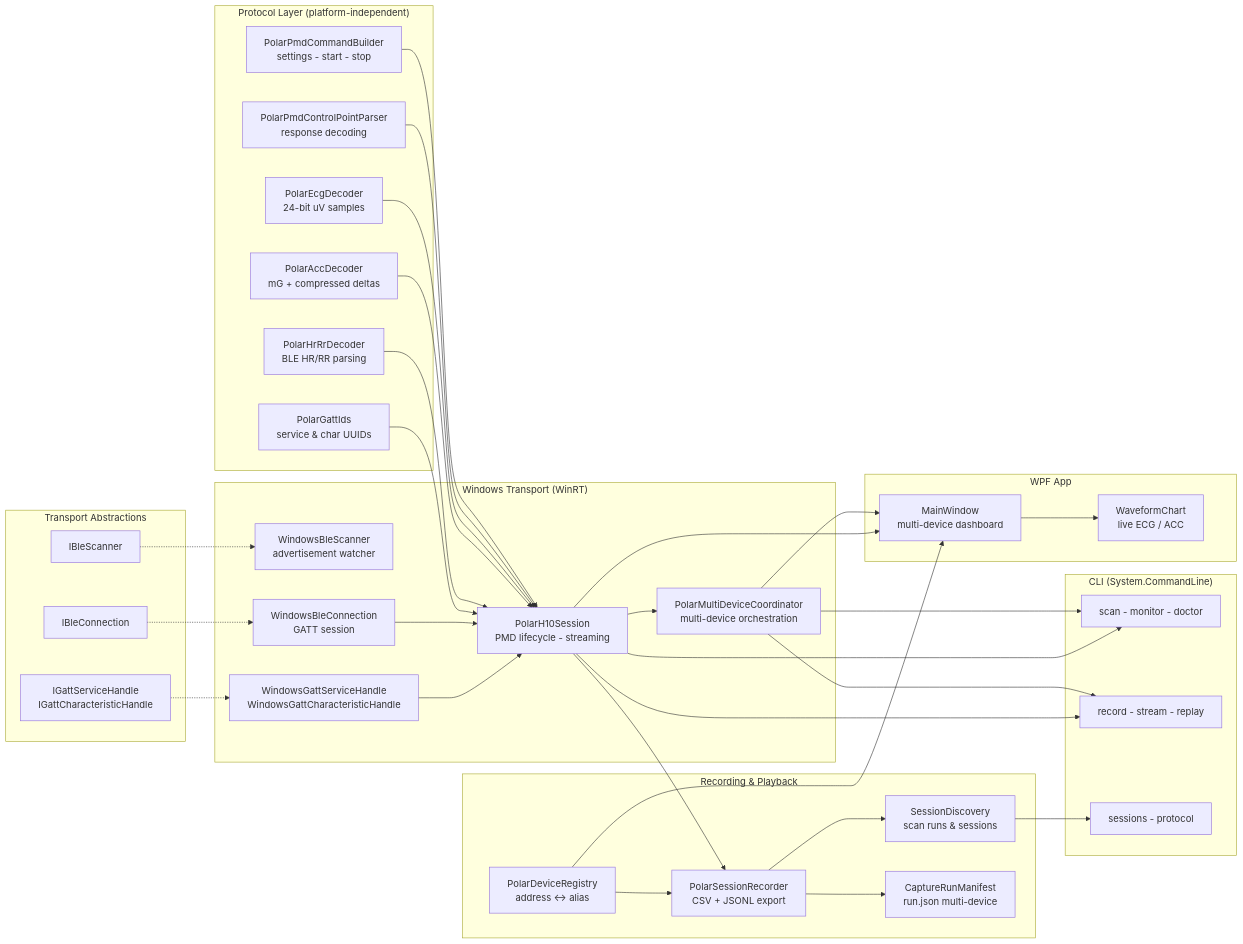
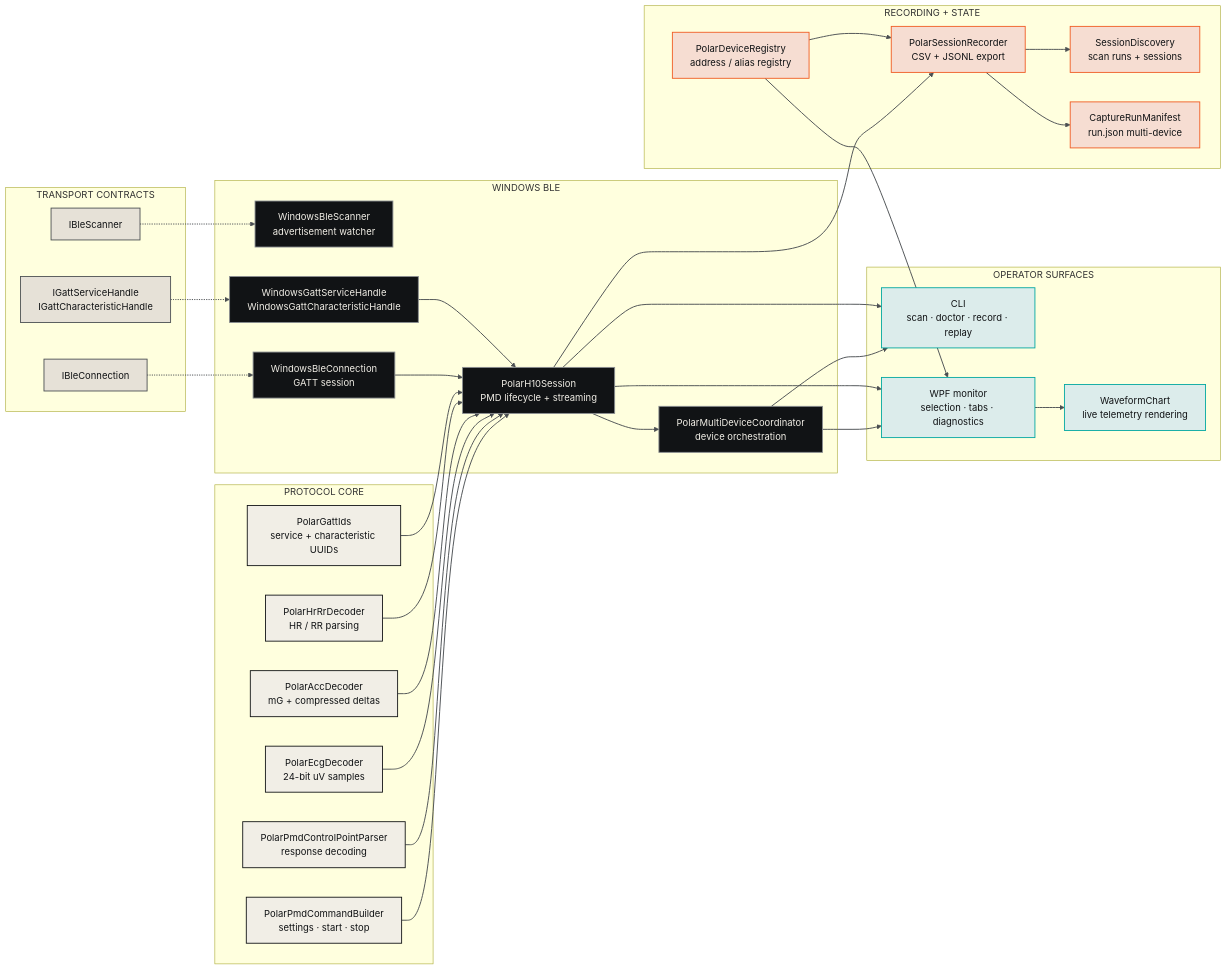
Before and after one commit to MesmerPrism/PolarH10: the diagram in docs/diagrams/code-architecture.mmd, drawn with Mermaid. The commit also changed 21 other files, not shown here.

Commit message:
Tighten brutal UI preview and Mermaid docs

```diff
--- a/docs/diagrams/code-architecture.mmd
+++ b/docs/diagrams/code-architecture.mmd
@@ -1,70 +1,74 @@
-%% Code architecture - subsystem level, hand-authored
-%% Shows the layered design: protocol -> transport -> session -> consumers
+%% Code architecture - subsystem level.
+%% Optimized for Pages viewer and GitHub README rendering.
 
 flowchart LR
-    subgraph Protocol["Protocol Layer (platform-independent)"]
-        EC["PolarEcgDecoder\n24-bit uV samples"]
-        AC["PolarAccDecoder\nmG + compressed deltas"]
-        HR["PolarHrRrDecoder\nBLE HR/RR parsing"]
-        PMD["PolarPmdCommandBuilder\nsettings - start - stop"]
-        CP["PolarPmdControlPointParser\nresponse decoding"]
-        GID["PolarGattIds\nservice & char UUIDs"]
+    subgraph Protocol["PROTOCOL CORE"]
+        EC["PolarEcgDecoder<br/>24-bit uV samples"]
+        AC["PolarAccDecoder<br/>mG + compressed deltas"]
+        HR["PolarHrRrDecoder<br/>HR / RR parsing"]
+        PMD["PolarPmdCommandBuilder<br/>settings · start · stop"]
+        CP["PolarPmdControlPointParser<br/>response decoding"]
+        GID["PolarGattIds<br/>service + characteristic UUIDs"]
     end
 
-    subgraph Transport["Transport Abstractions"]
+    subgraph Transport["TRANSPORT CONTRACTS"]
         IS["IBleScanner"]
         IC["IBleConnection"]
-        IG["IGattServiceHandle\nIGattCharacteristicHandle"]
+        IG["IGattServiceHandle<br/>IGattCharacteristicHandle"]
     end
 
-    subgraph Windows["Windows Transport (WinRT)"]
-        WS["WindowsBleScanner\nadvertisement watcher"]
-        WC["WindowsBleConnection\nGATT session"]
-        WG["WindowsGattServiceHandle\nWindowsGattCharacteristicHandle"]
-        SE["PolarH10Session\nPMD lifecycle - streaming"]
-        CO["PolarMultiDeviceCoordinator\nmulti-device orchestration"]
+    subgraph Windows["WINDOWS BLE"]
+        WS["WindowsBleScanner<br/>advertisement watcher"]
+        WC["WindowsBleConnection<br/>GATT session"]
+        WG["WindowsGattServiceHandle<br/>WindowsGattCharacteristicHandle"]
+        SE["PolarH10Session<br/>PMD lifecycle + streaming"]
+        CO["PolarMultiDeviceCoordinator<br/>device orchestration"]
     end
 
-    subgraph Recording["Recording & Playback"]
-        RE["PolarSessionRecorder\nCSV + JSONL export"]
-        SD["SessionDiscovery\nscan runs & sessions"]
-        MA["CaptureRunManifest\nrun.json multi-device"]
-        DR["PolarDeviceRegistry\naddress <-> alias"]
+    subgraph Recording["RECORDING + STATE"]
+        RE["PolarSessionRecorder<br/>CSV + JSONL export"]
+        SD["SessionDiscovery<br/>scan runs + sessions"]
+        MA["CaptureRunManifest<br/>run.json multi-device"]
+        DR["PolarDeviceRegistry<br/>address / alias registry"]
     end
 
-    subgraph CLI["CLI (System.CommandLine)"]
-        C1["scan - monitor - doctor"]
-        C2["record - stream - replay"]
-        C3["sessions - protocol"]
-    end
-
-    subgraph GUI["WPF App"]
-        G1["MainWindow\nmulti-device dashboard"]
-        G2["WaveformChart\nlive ECG / ACC"]
+    subgraph Surfaces["OPERATOR SURFACES"]
+        C1["CLI<br/>scan · doctor · record · replay"]
+        G1["WPF monitor<br/>selection · tabs · diagnostics"]
+        G2["WaveformChart<br/>live telemetry rendering"]
     end
 
     PMD --> SE
     CP --> SE
     EC --> SE
     AC --> SE
     HR --> SE
     GID --> SE
     IS -.-> WS
     IC -.-> WC
     IG -.-> WG
     WC --> SE
     WG --> SE
     SE --> CO
     SE --> RE
     RE --> SD
     RE --> MA
+    DR --> RE
+    DR --> G1
     CO --> C1
-    CO --> C2
+    CO --> G1
     SE --> C1
-    SE --> C2
-    SD --> C3
-    CO --> G1
     SE --> G1
     G1 --> G2
-    DR --> RE
-    DR --> G1
+
+    classDef core fill:#F1EEE6,stroke:#111315,color:#111315,stroke-width:1.5px;
+    classDef contracts fill:#E6E1D7,stroke:#4B4F52,color:#111315,stroke-width:1.5px;
+    classDef windows fill:#111315,stroke:#8A8E91,color:#F1EEE6,stroke-width:1.5px;
+    classDef record fill:#F6DDD2,stroke:#F05A22,color:#111315,stroke-width:1.5px;
+    classDef surface fill:#DCECEB,stroke:#00A7A0,color:#111315,stroke-width:1.5px;
+    class EC,AC,HR,PMD,CP,GID core;
+    class IS,IC,IG contracts;
+    class WS,WC,WG,SE,CO windows;
+    class RE,SD,MA,DR record;
+    class C1,G1,G2 surface;
+    linkStyle default stroke:#4B4F52,stroke-width:1.6px;
```
